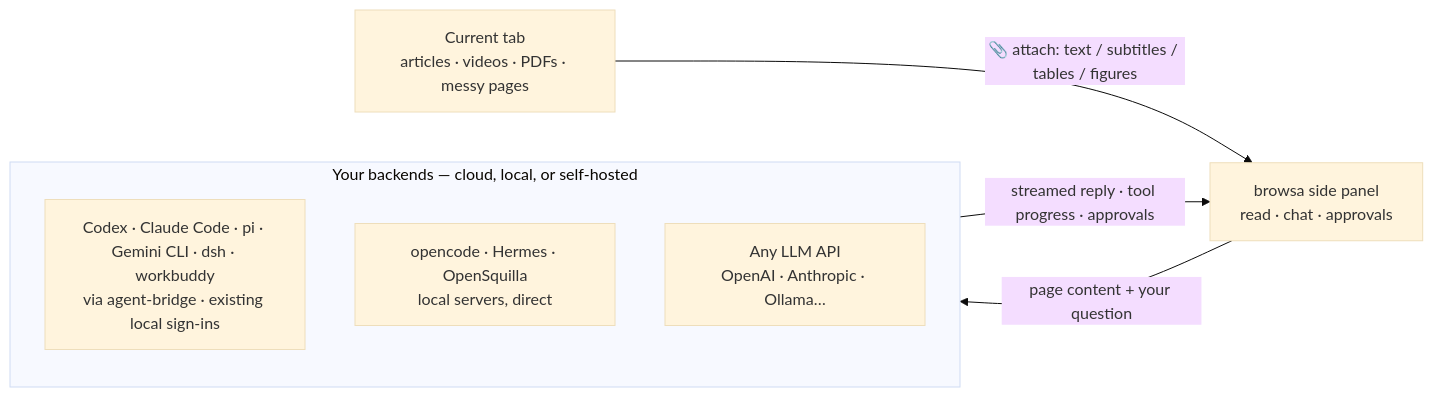
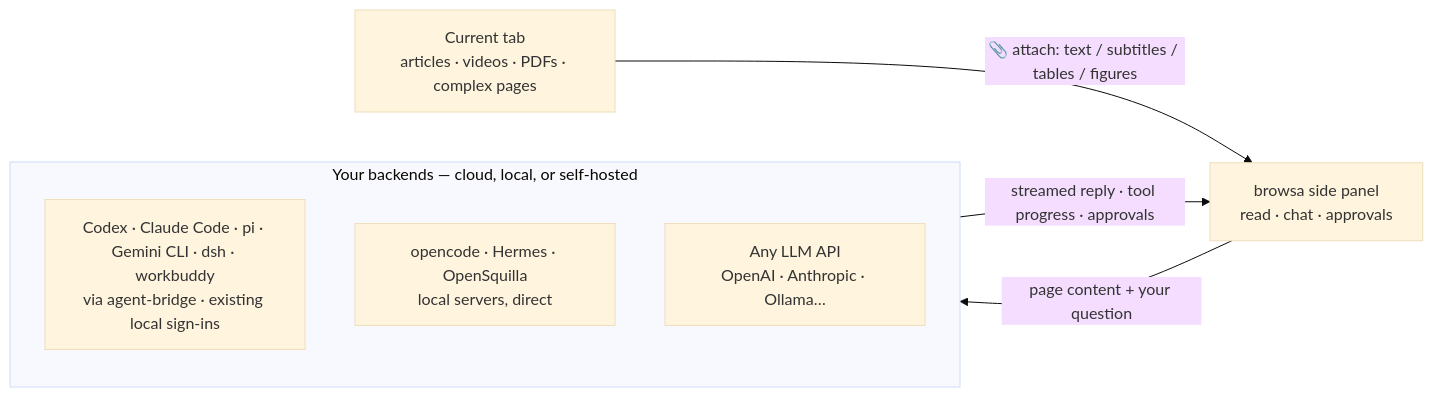
Before and after one commit to xiaohuzai/browsa: the diagram in README.en.md, drawn with Mermaid (base theme). The commit also changed other lines of this file and 6 other files, not shown here.

````diff
--- a/README.en.md
+++ b/README.en.md
@@ -64,13 +64,13 @@
 ```mermaid
 flowchart LR
-    P["Current tab<br/>articles · videos · PDFs · messy pages"]
+    P["Current tab<br/>articles · videos · PDFs · complex pages"]
     B["browsa side panel<br/>read · chat · approvals"]
     subgraph Y["Your backends — cloud, local, or self-hosted"]
         A1["Codex · Claude Code · pi · Gemini CLI · dsh · workbuddy<br/>via agent-bridge · existing local sign-ins"]
         A2["opencode · Hermes · OpenSquilla<br/>local servers, direct"]
         A3["Any LLM API<br/>OpenAI · Anthropic · Ollama…"]
     end
     P -->|"📎 attach: text / subtitles / tables / figures"| B
     B -->|"page content + your question"| Y
     Y -->|"streamed reply · tool progress · approvals"| B
 ```
````
